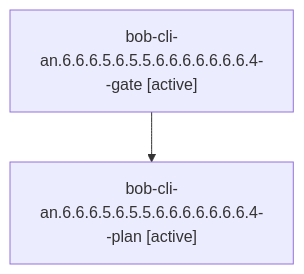
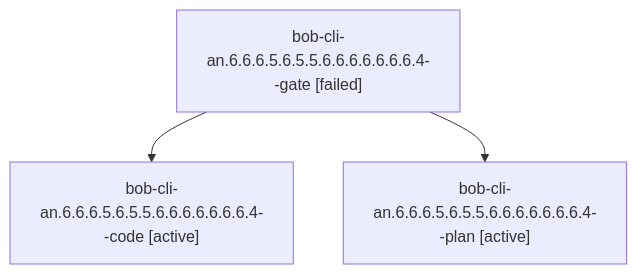
The diagram in sessions/bbugyi200.athena.bob-cli-an.6.6.6.5.6.5.5.6.6.6.6.6.6.6.4.md (bobs-org/bob-cli--agents), drawn with Mermaid before and after one commit. The commit also changed other lines of this file and 236 other files, not shown here.

````diff
--- a/sessions/bbugyi200.athena.bob-cli-an.6.6.6.5.6.5.5.6.6.6.6.6.6.6.4.md
+++ b/sessions/bbugyi200.athena.bob-cli-an.6.6.6.5.6.5.5.6.6.6.6.6.6.6.4.md
@@ -9,6 +9,8 @@
 ```mermaid
 flowchart TD
-  n0["bob-cli-an.6.6.6.5.6.5.5.6.6.6.6.6.6.6.4--gate [active]"]
-  n1["bob-cli-an.6.6.6.5.6.5.5.6.6.6.6.6.6.6.4--plan [active]"]
+  n0["bob-cli-an.6.6.6.5.6.5.5.6.6.6.6.6.6.6.4--gate [failed]"]
+  n1["bob-cli-an.6.6.6.5.6.5.5.6.6.6.6.6.6.6.4--code [active]"]
   n0 --> n1
+  n2["bob-cli-an.6.6.6.5.6.5.5.6.6.6.6.6.6.6.4--plan [active]"]
+  n0 --> n2
 ```
````
